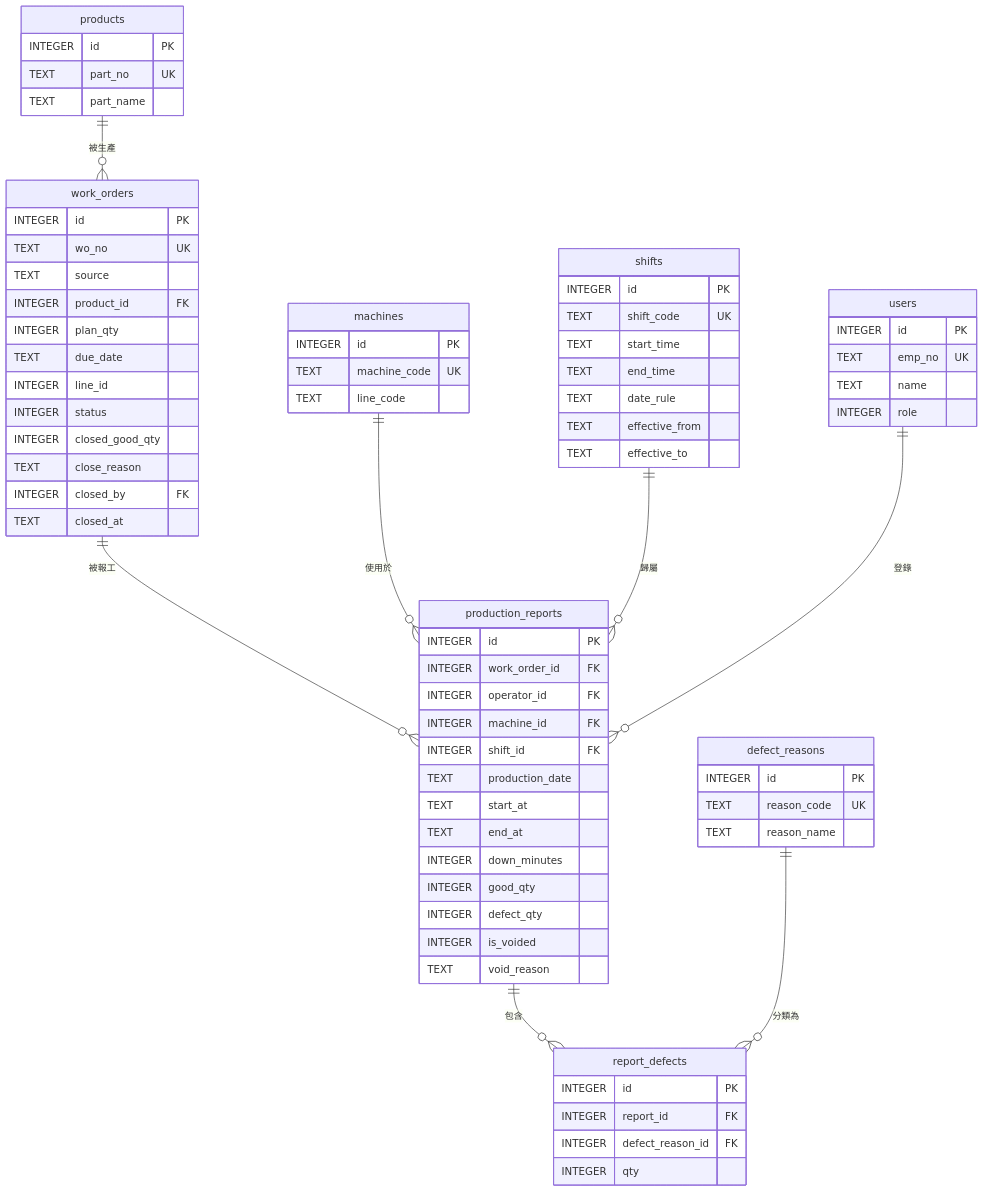
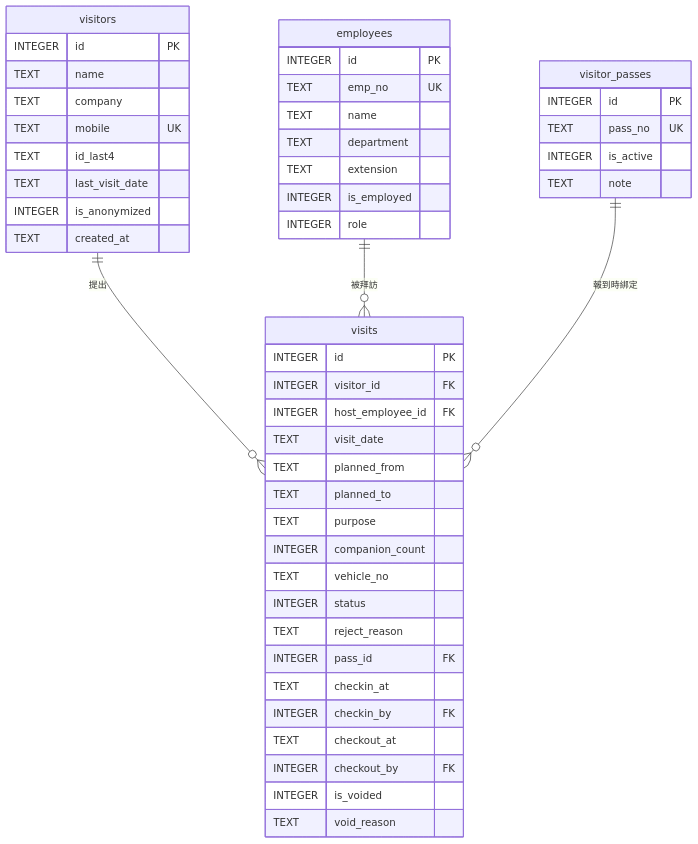
One commit to billy1125/system-analysis-and-design changed the seventh of 8 diagrams in 03-example-reports/Design-Phase-Sample-Report.md. Above: the diagram before and after it, drawn with Mermaid. The commit also changed other lines of this file and 30 other files, not shown here.

````diff
--- a/03-example-reports/Design-Phase-Sample-Report.md
+++ b/03-example-reports/Design-Phase-Sample-Report.md
@@ -524,76 +506,52 @@
 ```mermaid
 erDiagram
-    products ||--o{ work_orders : "被生產"
-    work_orders ||--o{ production_reports : "被報工"
-    machines ||--o{ production_reports : "使用於"
-    shifts ||--o{ production_reports : "歸屬"
-    users ||--o{ production_reports : "登錄"
-    production_reports ||--o{ report_defects : "包含"
-    defect_reasons ||--o{ report_defects : "分類為"
+    visitors ||--o{ visits : "提出"
+    employees ||--o{ visits : "被拜訪"
+    visitor_passes ||--o{ visits : "報到時綁定"
 
-    work_orders {
+    visitors {
         INTEGER id PK
-        TEXT wo_no UK
-        TEXT source
-        INTEGER product_id FK
-        INTEGER plan_qty
-        TEXT due_date
-        INTEGER line_id
+        TEXT name
+        TEXT company
+        TEXT mobile UK
+        TEXT id_last4
+        TEXT last_visit_date
+        INTEGER is_anonymized
+        TEXT created_at
+    }
+    visits {
+        INTEGER id PK
+        INTEGER visitor_id FK
+        INTEGER host_employee_id FK
+        TEXT visit_date
+        TEXT planned_from
+        TEXT planned_to
+        TEXT purpose
+        INTEGER companion_count
+        TEXT vehicle_no
         INTEGER status
-        INTEGER closed_good_qty
-        TEXT close_reason
-        INTEGER closed_by FK
-        TEXT closed_at
-    }
-    production_reports {
-        INTEGER id PK
-        INTEGER work_order_id FK
-        INTEGER operator_id FK
-        INTEGER machine_id FK
-        INTEGER shift_id FK
-        TEXT production_date
-        TEXT start_at
-        TEXT end_at
-        INTEGER down_minutes
-        INTEGER good_qty
-        INTEGER defect_qty
+        TEXT reject_reason
+        INTEGER pass_id FK
+        TEXT checkin_at
+        INTEGER checkin_by FK
+        TEXT checkout_at
+        INTEGER checkout_by FK
         INTEGER is_voided
         TEXT void_reason
     }
-    report_defects {
+    visitor_passes {
         INTEGER id PK
-        INTEGER report_id FK
-        INTEGER defect_reason_id FK
-        INTEGER qty
+        TEXT pass_no UK
+        INTEGER is_active
+        TEXT note
     }
-    shifts {
-        INTEGER id PK
-        TEXT shift_code UK
-        TEXT start_time
-        TEXT end_time
-        TEXT date_rule
-        TEXT effective_from
-        TEXT effective_to
-    }
-    products {
-        INTEGER id PK
-        TEXT part_no UK
-        TEXT part_name
-    }
-    machines {
-        INTEGER id PK
-        TEXT machine_code UK
-        TEXT line_code
-    }
-    users {
+    employees {
         INTEGER id PK
         TEXT emp_no UK
         TEXT name
+        TEXT department
+        TEXT extension
+        INTEGER is_employed
         INTEGER role
     }
-    defect_reasons {
-        INTEGER id PK
-        TEXT reason_code UK
-        TEXT reason_name
-    }
 ```
````
